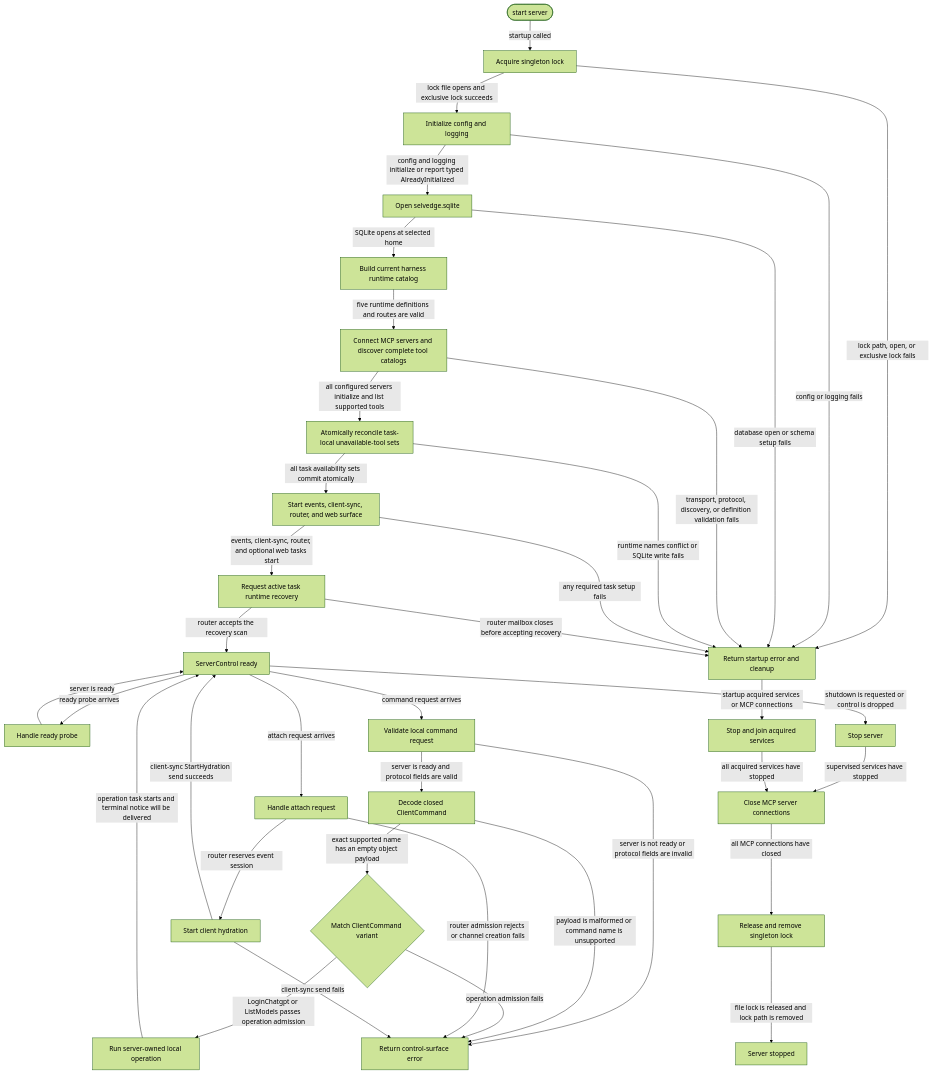
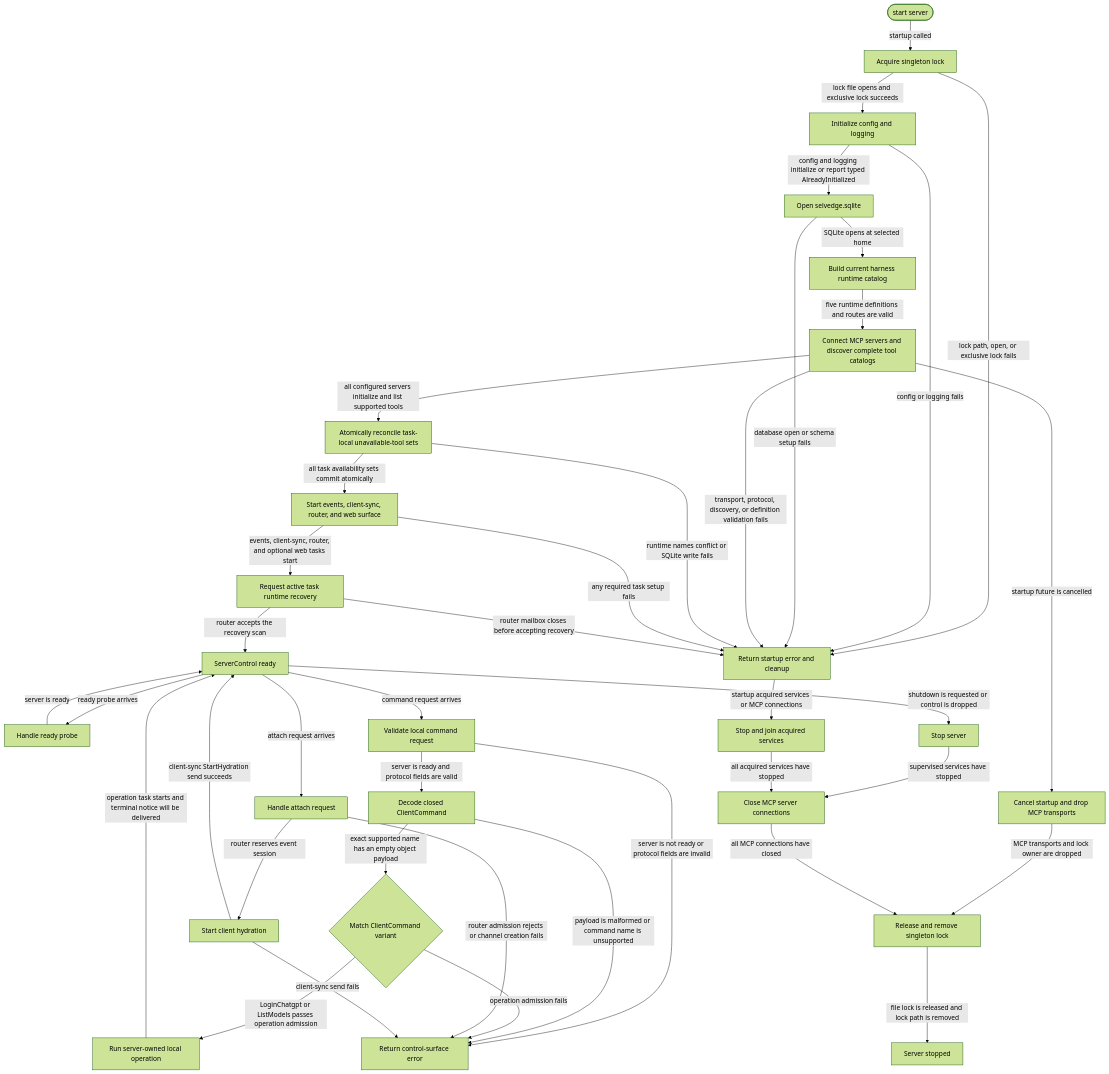
Before and after one commit to JiaJunDeng5930/Selvedge: the diagram in crates/server/README.md, drawn with Mermaid (forest theme). The commit also changed other lines of this file and 4 other files, not shown here.

````diff
--- a/crates/server/README.md
+++ b/crates/server/README.md
@@ -43,65 +43,68 @@
 ```mermaid
 flowchart TD
   Start([start server])
   Lock[Acquire singleton lock]
   InitConfig[Initialize config and logging]
   OpenDb[Open selvedge.sqlite]
   BuildHarness[Build current harness runtime catalog]
   DiscoverMcp[Connect MCP servers and discover complete tool catalogs]
+  CancelStartup[Cancel startup and drop MCP transports]
   ReconcileTools[Atomically reconcile task-local unavailable-tool sets]
   SpawnServices[Start events, client-sync, router, and web surface]
   Recover[Request active task runtime recovery]
   Ready[ServerControl ready]
   Probe[Handle ready probe]
   Submit[Validate local command request]
   Decode[Decode closed ClientCommand]
   Dispatch{Match ClientCommand variant}
   LocalOperation[Run server-owned local operation]
   Attach[Handle attach request]
   Hydrate[Start client hydration]
   Stop[Stop server]
   RollbackServices[Stop and join acquired services]
   CloseMcp[Close MCP server connections]
   ReleaseLock[Release and remove singleton lock]
   StartupFailure[Return startup error and cleanup]
   RequestFailure[Return control-surface error]
   Stopped[Server stopped]
 
   Start -->|startup called| Lock
   Lock -->|lock file opens and exclusive lock succeeds| InitConfig
   Lock -->|lock path, open, or exclusive lock fails| StartupFailure
   InitConfig -->|config and logging initialize or report typed AlreadyInitialized| OpenDb
   InitConfig -->|config or logging fails| StartupFailure
   OpenDb -->|SQLite opens at selected home| BuildHarness
   OpenDb -->|database open or schema setup fails| StartupFailure
   BuildHarness -->|five runtime definitions and routes are valid| DiscoverMcp
   DiscoverMcp -->|all configured servers initialize and list supported tools| ReconcileTools
   DiscoverMcp -->|transport, protocol, discovery, or definition validation fails| StartupFailure
+  DiscoverMcp -->|startup future is cancelled| CancelStartup
   ReconcileTools -->|all task availability sets commit atomically| SpawnServices
   ReconcileTools -->|runtime names conflict or SQLite write fails| StartupFailure
   SpawnServices -->|events, client-sync, router, and optional web tasks start| Recover
   SpawnServices -->|any required task setup fails| StartupFailure
   Recover -->|router accepts the recovery scan| Ready
   Recover -->|router mailbox closes before accepting recovery| StartupFailure
   Ready -->|ready probe arrives| Probe
   Probe -->|server is ready| Ready
   Ready -->|command request arrives| Submit
   Submit -->|server is ready and protocol fields are valid| Decode
   Submit -->|server is not ready or protocol fields are invalid| RequestFailure
   Decode -->|exact supported name has an empty object payload| Dispatch
   Decode -->|payload is malformed or command name is unsupported| RequestFailure
   Dispatch -->|LoginChatgpt or ListModels passes operation admission| LocalOperation
   Dispatch -->|operation admission fails| RequestFailure
   LocalOperation -->|operation task starts and terminal notice will be delivered| Ready
   Ready -->|attach request arrives| Attach
   Attach -->|router reserves event session| Hydrate
   Attach -->|router admission rejects or channel creation fails| RequestFailure
   Hydrate -->|client-sync StartHydration send succeeds| Ready
   Hydrate -->|client-sync send fails| RequestFailure
   Ready -->|shutdown is requested or control is dropped| Stop
   Stop -->|supervised services have stopped| CloseMcp
   StartupFailure -->|startup acquired services or MCP connections| RollbackServices
+  CancelStartup -->|MCP transports and lock owner are dropped| ReleaseLock
   RollbackServices -->|all acquired services have stopped| CloseMcp
   CloseMcp -->|all MCP connections have closed| ReleaseLock
   ReleaseLock -->|file lock is released and lock path is removed| Stopped
 ```
````
